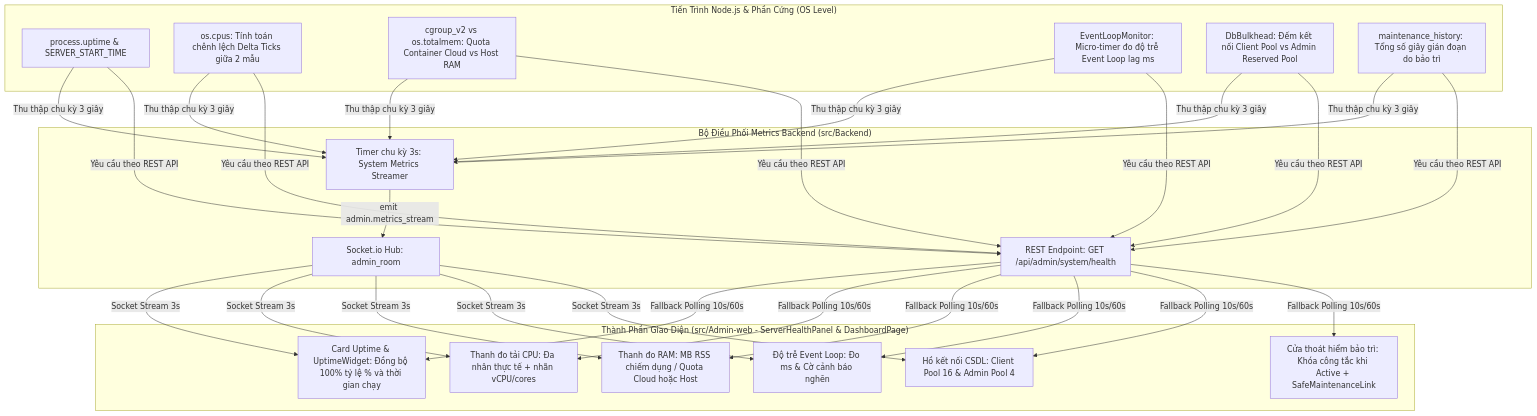
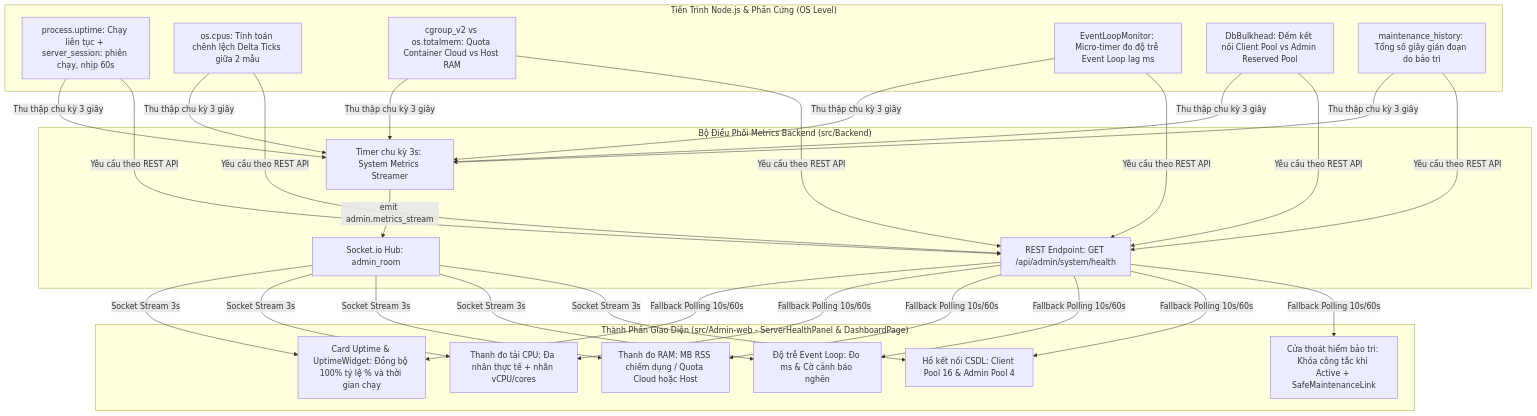
One commit to NguyenPhuBao/ManagementFinance changed the diagram in docs/Admin-web/03-server-health-and-sla-monitoring.md. Above: the diagram before and after it, drawn with Mermaid. The commit also changed other lines of this file and 7 other files, not shown here.

````diff
--- a/docs/Admin-web/03-server-health-and-sla-monitoring.md
+++ b/docs/Admin-web/03-server-health-and-sla-monitoring.md
@@ -26,33 +26,33 @@
 ```mermaid
 graph TD
     subgraph "Tiến Trình Node.js & Phần Cứng (OS Level)"
-        A1[process.uptime & SERVER_START_TIME]
+        A1[process.uptime: Chạy liên tục + server_session: phiên chạy, nhịp 60s]
         A2[os.cpus: Tính toán chênh lệch Delta Ticks giữa 2 mẫu]
         A3[cgroup_v2 vs os.totalmem: Quota Container Cloud vs Host RAM]
         A4[EventLoopMonitor: Micro-timer đo độ trễ Event Loop lag ms]
         A5[DbBulkhead: Đếm kết nối Client Pool vs Admin Reserved Pool]
         A6[maintenance_history: Tổng số giây gián đoạn do bảo trì]
     end
 
     subgraph "Bộ Điều Phối Metrics Backend (src/Backend)"
         B1[Timer chu kỳ 3s: System Metrics Streamer]
         B2[REST Endpoint: GET /api/admin/system/health]
         B3[Socket.io Hub: admin_room]
     end
 
     subgraph "Thành Phần Giao Diện (src/Admin-web - ServerHealthPanel & DashboardPage)"
         C1[Card Uptime & UptimeWidget: Đồng bộ 100% tỷ lệ % và thời gian chạy]
         C2[Thanh đo tải CPU: Đa nhân thực tế + nhãn vCPU/cores]
         C3[Thanh đo RAM: MB RSS chiếm dụng / Quota Cloud hoặc Host]
         C4[Độ trễ Event Loop: Đo ms & Cờ cảnh báo nghẽn]
         C5[Hồ kết nối CSDL: Client Pool 16 & Admin Pool 4]
         C6[Cửa thoát hiểm bảo trì: Khóa công tắc khi Active + SafeMaintenanceLink]
     end
 
     A1 & A2 & A3 & A4 & A5 & A6 -->|Thu thập chu kỳ 3 giây| B1
     A1 & A2 & A3 & A4 & A5 & A6 -->|Yêu cầu theo REST API| B2
     
     B1 -->|emit admin.metrics_stream| B3
     B3 -->|Socket Stream 3s| C1 & C2 & C3 & C4 & C5
     B2 -->|Fallback Polling 10s/60s| C1 & C2 & C3 & C4 & C5 & C6
 ```
````
